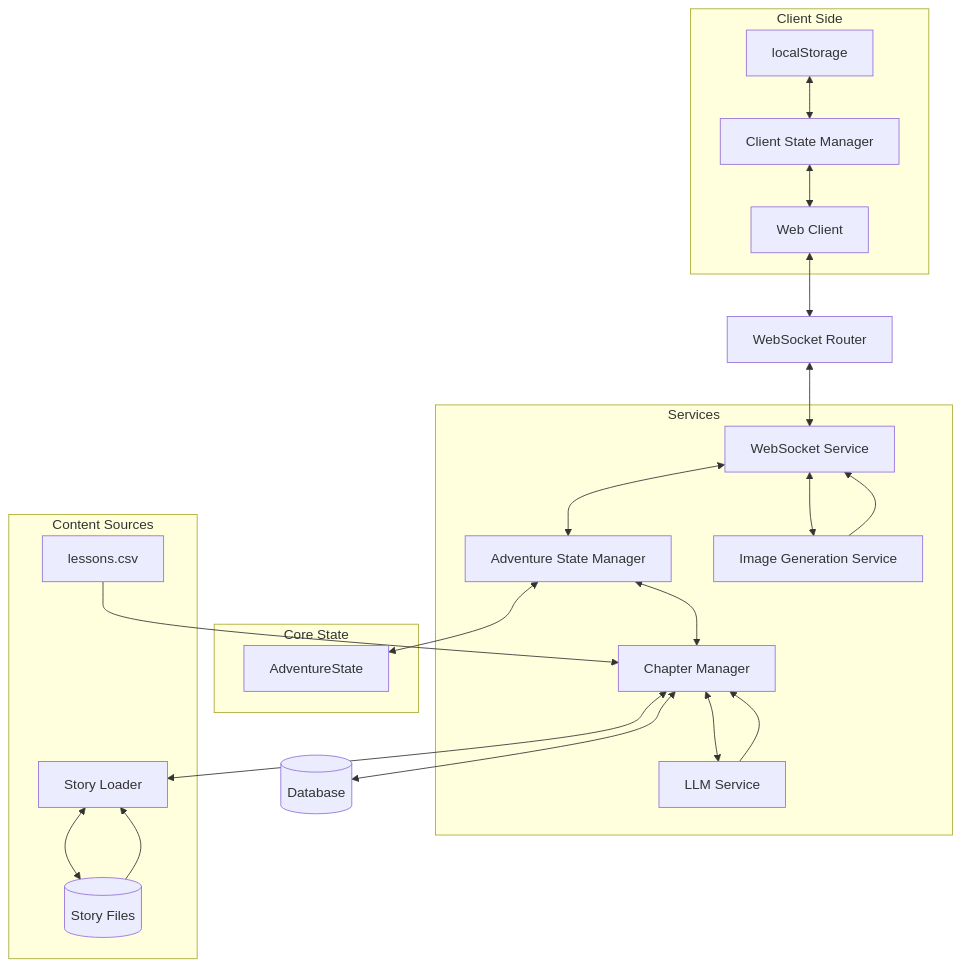
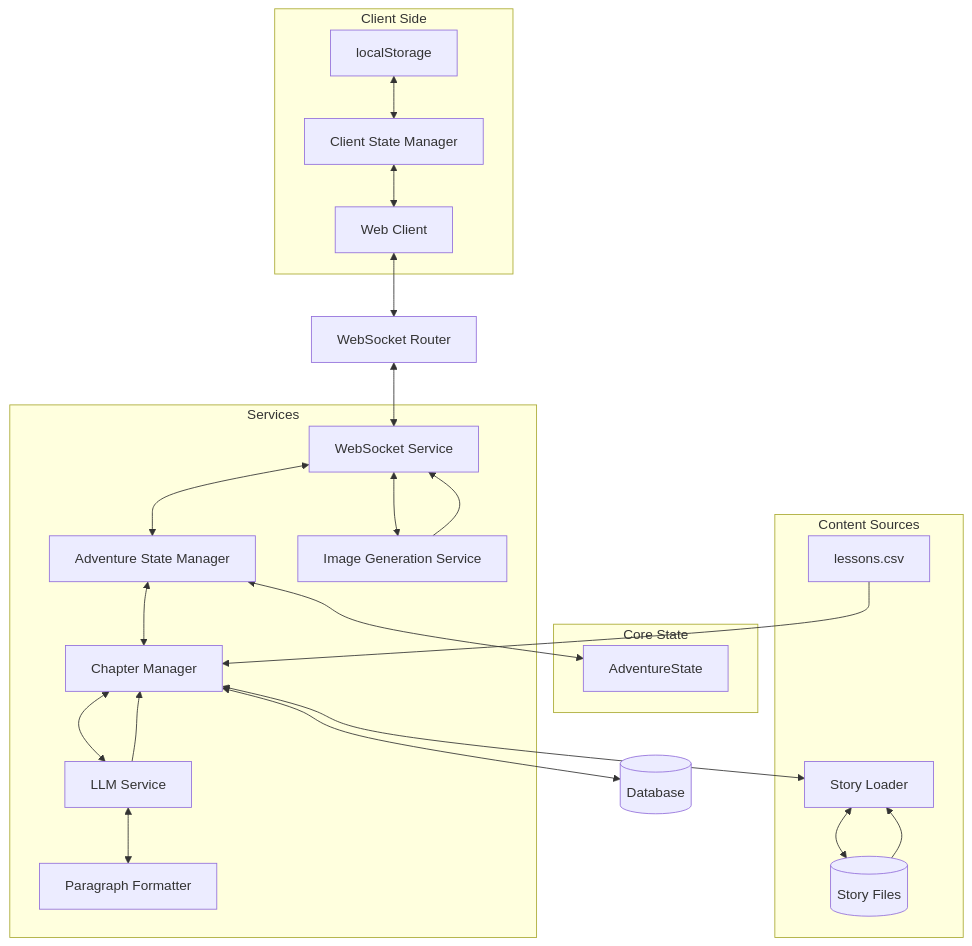
One commit to DesmondChoy/adventures changed the first of 7 diagrams in memory-bank/systemPatterns.md. Above: the diagram before and after it, drawn with Mermaid. The commit also changed other lines of this file and 4 other files, not shown here.

First line of the commit message:
feat: Implement Paragraph Formatting for LLM Responses

````diff
--- a/memory-bank/systemPatterns.md
+++ b/memory-bank/systemPatterns.md
@@ -4,37 +4,39 @@
 ```mermaid
 graph TD
     Client[Web Client] <--> WSR[WebSocket Router]
     WSR <--> WSS[WebSocket Service]
     WSS <--> ASM[Adventure State Manager]
     ASM <--> AS[AdventureState]
     ASM <--> CM[Chapter Manager]
     CM <--> LLM[LLM Service]
     CM <--> DB[(Database)]
     WSS <--> IMG[Image Generation Service]
     CM <--> SL[Story Loader]
     SL <--> SF[(Story Files)]
+    LLM <--> PF[Paragraph Formatter]
 
     subgraph Client Side
         LP[localStorage] <--> CSM[Client State Manager]
         CSM <--> Client
     end
 
     subgraph Core State
         AS
     end
 
     subgraph Services
         WSS
         ASM
         CM
         LLM
         IMG
+        PF
     end
 
     subgraph Content Sources
         CSV[lessons.csv] --> CM
         LLM --> CM
         IMG --> WSS
         SF --> SL
     end
 ```
````
